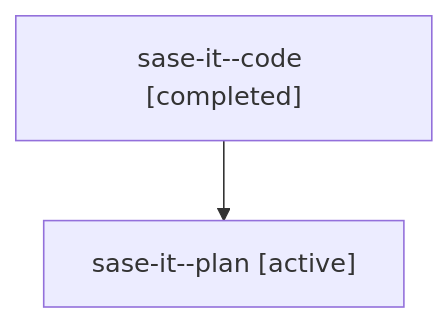
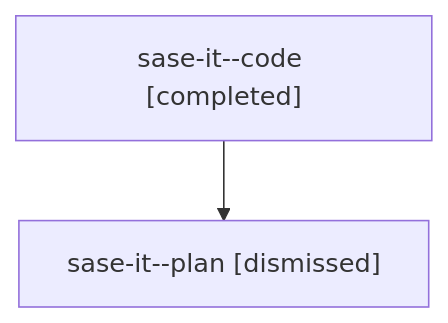
Before and after one commit to sase-org/sase--agents: the diagram in sessions/bbugyi200.athena.sase-it.md, drawn with Mermaid. The commit also changed other lines of this file and 36 other files, not shown here.

````diff
--- a/sessions/bbugyi200.athena.sase-it.md
+++ b/sessions/bbugyi200.athena.sase-it.md
@@ -9,6 +9,6 @@
 ```mermaid
 flowchart TD
   n0["sase-it--code [completed]"]
-  n1["sase-it--plan [active]"]
+  n1["sase-it--plan [dismissed]"]
   n0 --> n1
 ```
````
